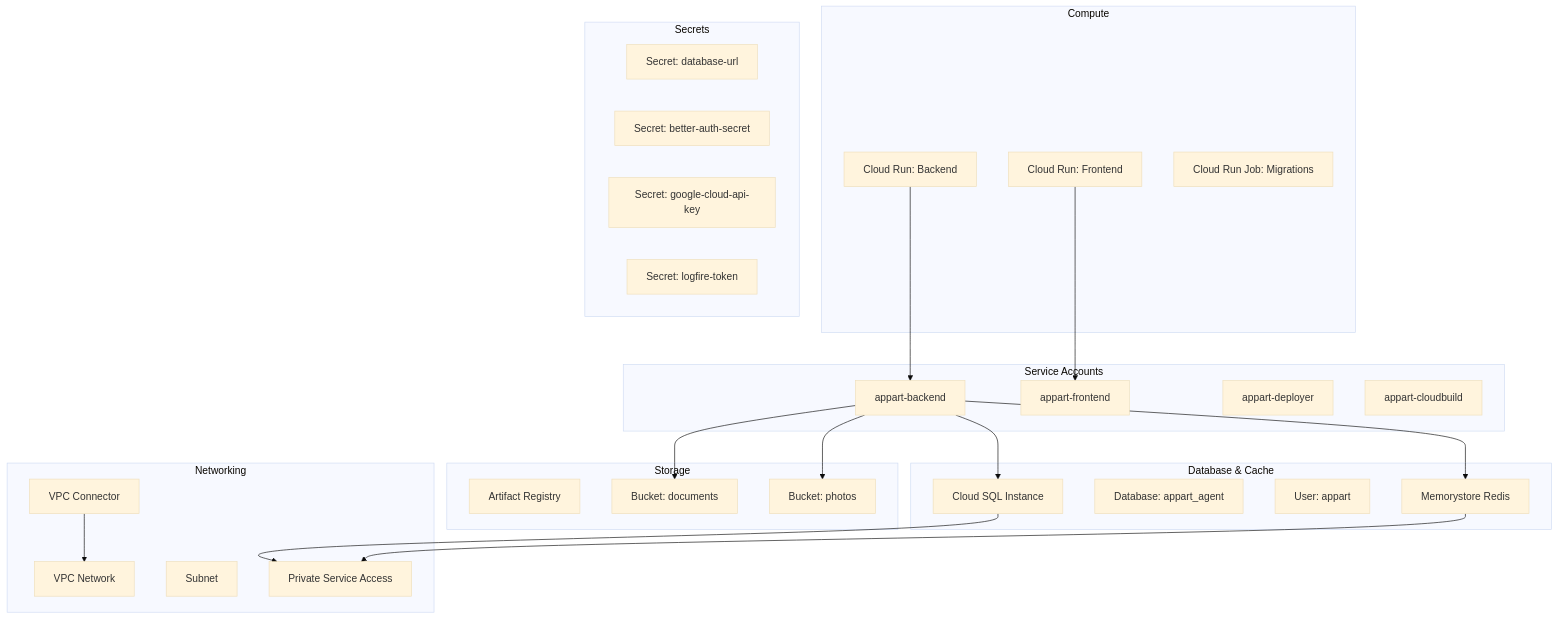
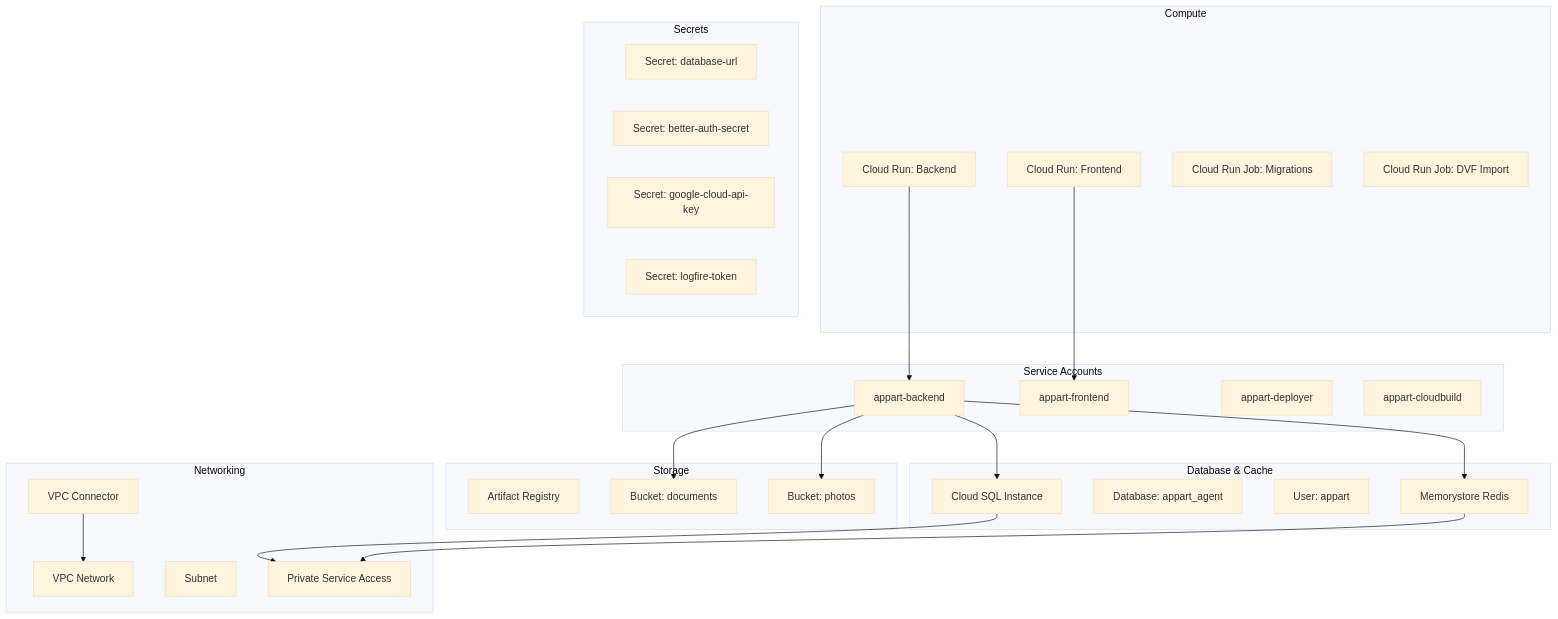
The third of 9 diagrams in docs/deployment/gcp.md (benjamin-karaoglan/AppArtAgent), drawn with Mermaid (base theme) before and after one commit. The commit also changed other lines of this file and 14 other files, not shown here.

First line of the commit message:
docs: update documentation for geolocalized DVF and new architecture

````diff
--- a/docs/deployment/gcp.md
+++ b/docs/deployment/gcp.md
@@ -213,52 +220,53 @@
 ```mermaid
 flowchart TD
     subgraph Compute["Compute"]
         CR_FE["Cloud Run: Frontend"]
         CR_BE["Cloud Run: Backend"]
         CR_JOB["Cloud Run Job: Migrations"]
+        CR_DVF["Cloud Run Job: DVF Import"]
     end
 
     subgraph Database["Database & Cache"]
         SQL["Cloud SQL Instance"]
         SQL_DB["Database: appart_agent"]
         SQL_USER["User: appart"]
         REDIS["Memorystore Redis"]
     end
 
     subgraph Storage["Storage"]
         AR["Artifact Registry"]
         GCS_DOCS["Bucket: documents"]
         GCS_PHOTOS["Bucket: photos"]
     end
 
     subgraph Secrets["Secrets"]
         SM_DB["Secret: database-url"]
         SM_AUTH["Secret: better-auth-secret"]
         SM_API["Secret: google-cloud-api-key"]
         SM_LOG["Secret: logfire-token"]
     end
 
     subgraph IAM["Service Accounts"]
         SA_BE["appart-backend"]
         SA_FE["appart-frontend"]
         SA_DEPLOY["appart-deployer"]
         SA_BUILD["appart-cloudbuild"]
     end
 
     subgraph Network["Networking"]
         VPC["VPC Network"]
         SUBNET["Subnet"]
         CONNECTOR["VPC Connector"]
         PSA["Private Service Access"]
     end
 
     CR_BE --> SA_BE
     CR_FE --> SA_FE
     SA_BE --> SQL
     SA_BE --> REDIS
     SA_BE --> GCS_DOCS
     SA_BE --> GCS_PHOTOS
     CONNECTOR --> VPC
     SQL --> PSA
     REDIS --> PSA
 ```
````
